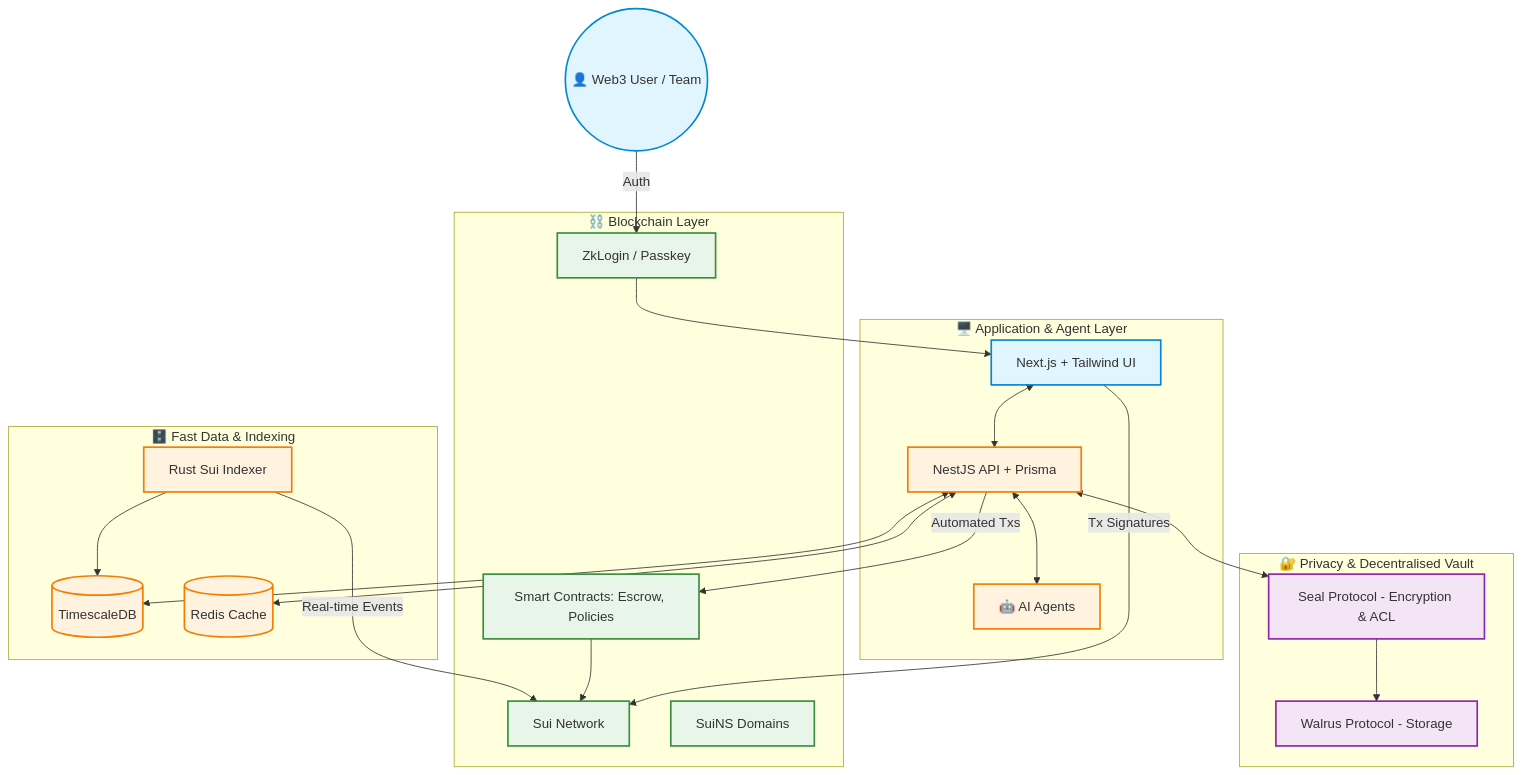
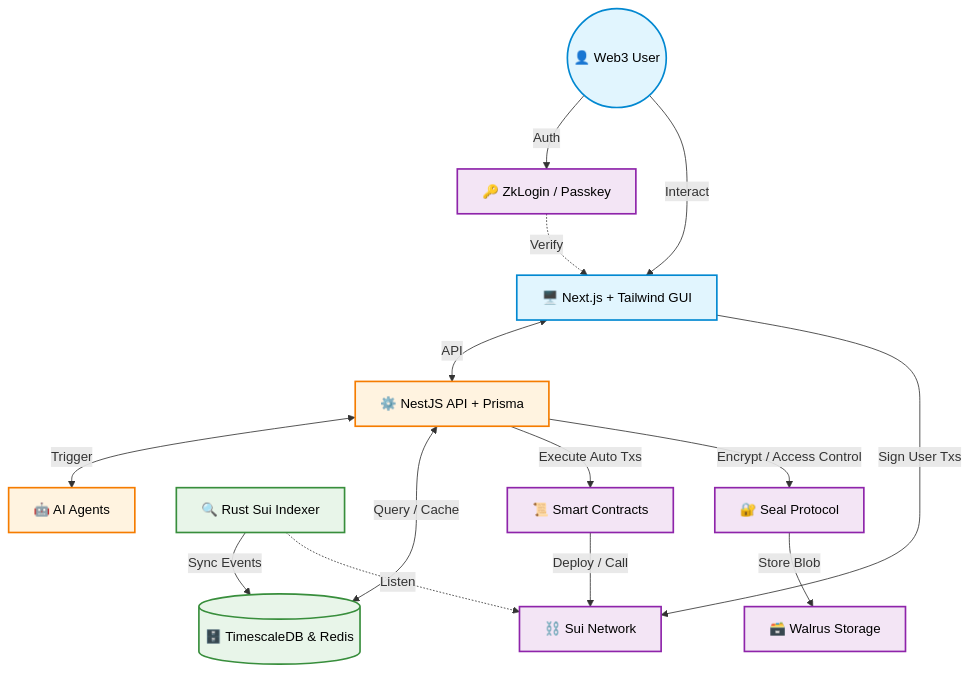
The diagram in README.md (RamonLiao/ROSMAR), drawn with Mermaid before and after one commit.

Commit message:
docs: adjust architecture diagram layout

````diff
--- a/README.md
+++ b/README.md
@@ -13,52 +13,44 @@
 ```mermaid
-graph TD
-    classDef default fill:#f9f9f9,stroke:#333,stroke-width:2px;
-    classDef client fill:#e1f5fe,stroke:#0288d1,stroke-width:2px;
-    classDef backend fill:#fff3e0,stroke:#f57c00,stroke-width:2px;
-    classDef blockchain fill:#e8f5e9,stroke:#388e3c,stroke-width:2px;
-    classDef privacy fill:#f3e5f5,stroke:#8e24aa,stroke-width:2px;
+flowchart TB
+    classDef client fill:#E1F5FE,stroke:#0288D1,stroke-width:2px,color:#000;
+    classDef backend fill:#FFF3E0,stroke:#F57C00,stroke-width:2px,color:#000;
+    classDef data fill:#E8F5E9,stroke:#388E3C,stroke-width:2px,color:#000;
+    classDef onchain fill:#F3E5F5,stroke:#8E24AA,stroke-width:2px,color:#000;
 
-    User((👤 Web3 User / Team)):::client
+    %% Nodes
+    User((👤 Web3 User)):::client
 
-    subgraph AppLayer [🖥️ Application & Agent Layer]
-        Frontend[Next.js + Tailwind UI]:::client
-        Backend[NestJS API + Prisma]:::backend
-        Agents[🤖 AI Agents]:::backend
-        
-        Frontend <--> Backend
-        Backend <--> Agents
-    end
+    Frontend[🖥️ Next.js + Tailwind GUI]:::client
+    ZkLogin[🔑 ZkLogin / Passkey]:::onchain
+    
+    Backend[⚙️ NestJS API + Prisma]:::backend
+    Agents[🤖 AI Agents]:::backend
+    
+    Timescale[(🗄️ TimescaleDB & Redis)]:::data
+    Indexer[🔍 Rust Sui Indexer]:::data
 
-    subgraph DataLayer [🗄️ Fast Data & Indexing]
-        Timescale[(TimescaleDB)]:::backend
-        Redis[(Redis Cache)]:::backend
-        Indexer[Rust Sui Indexer]:::backend
-        
-        Backend <--> Timescale
-        Backend <--> Redis
-        Indexer --> Timescale
-    end
+    Sui[⛓️ Sui Network]:::onchain
+    Contracts[📜 Smart Contracts]:::onchain
+    
+    Seal[🔐 Seal Protocol]:::onchain
+    Walrus[🗃️ Walrus Storage]:::onchain
 
-    subgraph PrivacyStorage [🔐 Privacy & Decentralised Vault]
-        Seal[Seal Protocol - Encryption & ACL]:::privacy
-        Walrus[Walrus Protocol - Storage]:::privacy
-        
-        Backend <--> Seal
-        Seal --> Walrus
-    end
+    %% Relationships
+    User -->|Auth| ZkLogin
+    User -->|Interact| Frontend
+    ZkLogin -.->|Verify| Frontend
 
-    subgraph BlockchainLayer [⛓️ Blockchain Layer]
-        Sui[Sui Network]:::blockchain
-        ZkLogin[ZkLogin / Passkey]:::blockchain
-        Contracts[Smart Contracts: Escrow, Policies]:::blockchain
-        SuiNS[SuiNS Domains]:::blockchain
-        
-        Indexer -->|Real-time Events| Sui
-        Contracts --> Sui
-    end
+    Frontend <-->|API| Backend
+    Backend <-->|Trigger| Agents
 
-    User -->|Auth| ZkLogin
-    ZkLogin --> Frontend
-    Frontend -->|Tx Signatures| Sui
-    Backend -->|Automated Txs| Contracts
+    Backend <-->|Query / Cache| Timescale
+    Indexer -->|Sync Events| Timescale
+
+    Frontend -->|Sign User Txs| Sui
+    Backend -->|Execute Auto Txs| Contracts
+    Contracts -->|Deploy / Call| Sui
+    Indexer -.->|Listen| Sui
+
+    Backend -->|Encrypt / Access Control| Seal
+    Seal -->|Store Blob| Walrus
 ```
````
